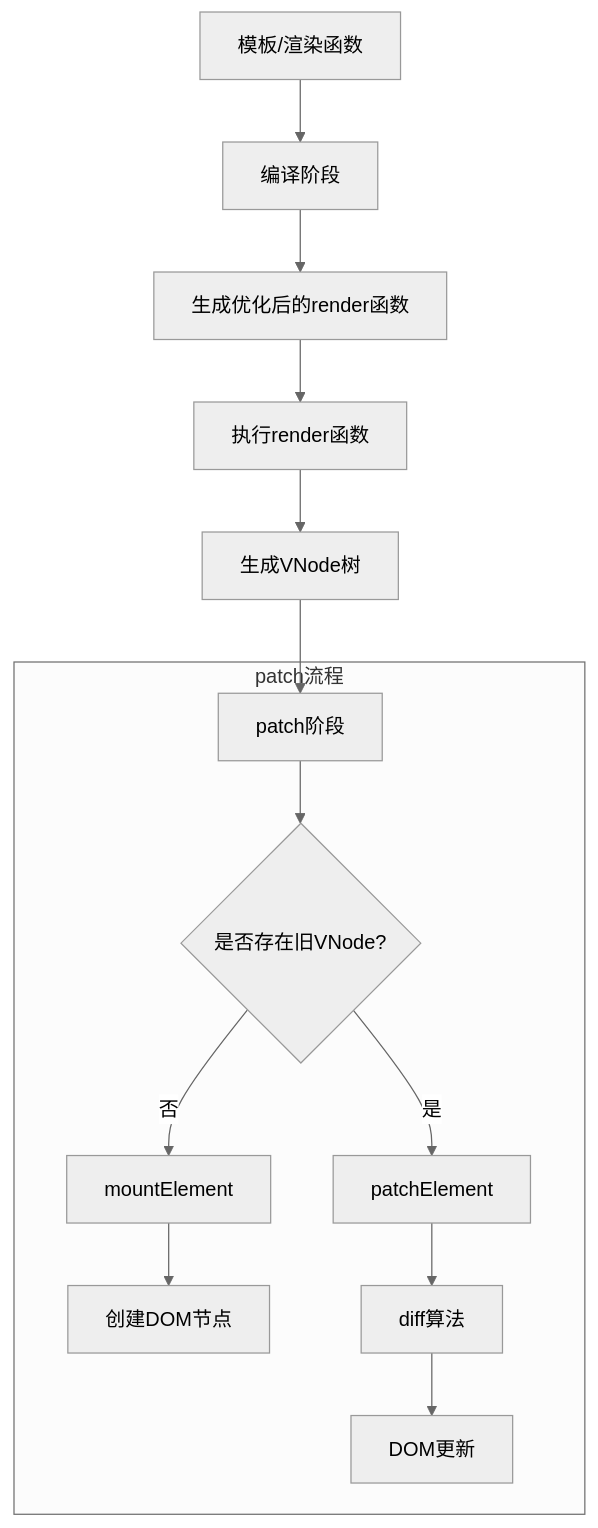
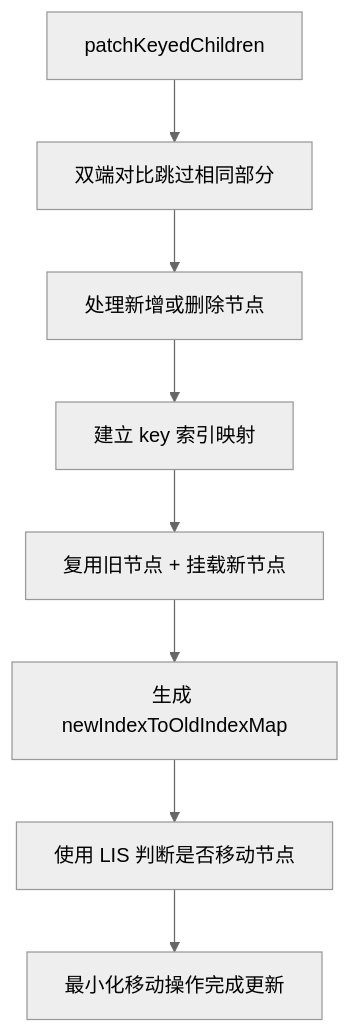
One commit to hzjswlgbsj/blog changed the sixth of 6 diagrams in vue/理解diff算法.md. Above: the diagram before and after it, drawn with Mermaid (neutral theme). The commit also changed other lines of this file, not shown here.

````diff
--- a/vue/理解diff算法.md
+++ b/vue/理解diff算法.md
@@ -5,17 +239,10 @@
 ```mermaid
 flowchart TD
-    A[模板/渲染函数] --> B[编译阶段]
-    B --> C[生成优化后的render函数]
-    C --> D[执行render函数]
-    D --> E[生成VNode树]
-    E --> F[patch阶段]
-
-    subgraph patch流程
-        F --> G{是否存在旧VNode?}
-        G -->|否| H[mountElement]
-        G -->|是| I[patchElement]
-        H --> J[创建DOM节点]
-        I --> K[diff算法]
-        K --> L[DOM更新]
-    end
+  A[patchKeyedChildren] --> B[双端对比跳过相同部分]
+  B --> C[处理新增或删除节点]
+  C --> D[建立 key 索引映射]
+  D --> E[复用旧节点 + 挂载新节点]
+  E --> F[生成 newIndexToOldIndexMap]
+  F --> G[使用 LIS 判断是否移动节点]
+  G --> H[最小化移动操作完成更新]
 ```
````
